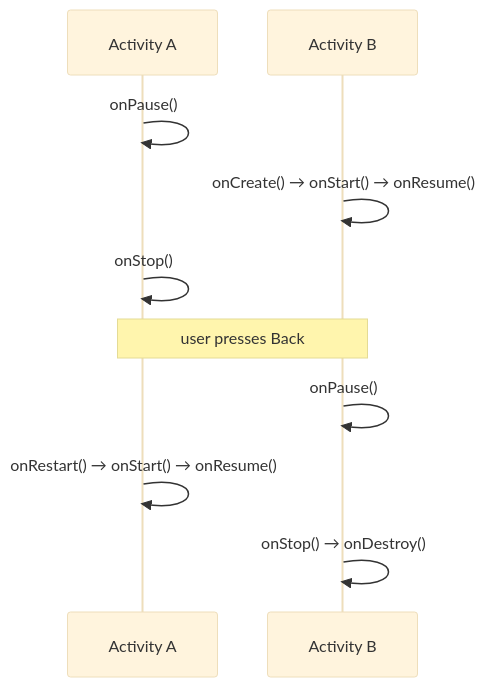
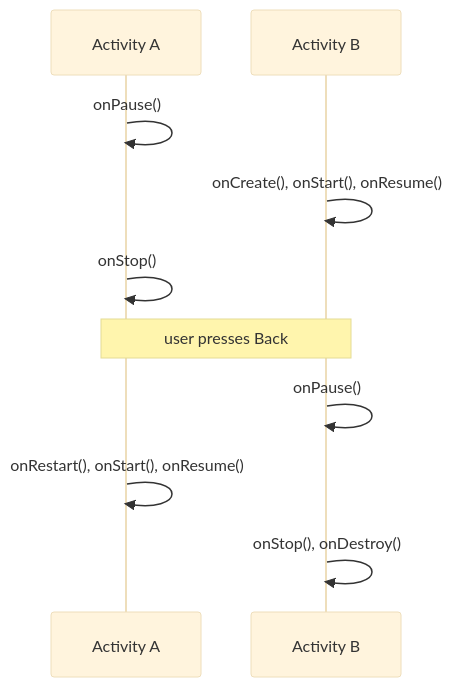
The second of 10 diagrams in topics/09-activity-fragment.md (AkshayAshokCode/Android-Interview-Questions-cheat-sheet), drawn with Mermaid (base theme) before and after one commit. The commit also changed other lines of this file and 21 other files, not shown here.

````diff
--- a/topics/09-activity-fragment.md
+++ b/topics/09-activity-fragment.md
@@ -57,12 +104,12 @@
 ```mermaid
 sequenceDiagram
     participant A as Activity A
     participant B as Activity B
     A->>A: onPause()
-    B->>B: onCreate() → onStart() → onResume()
+    B->>B: onCreate(), onStart(), onResume()
     A->>A: onStop()
     Note over A,B: user presses Back
     B->>B: onPause()
-    A->>A: onRestart() → onStart() → onResume()
-    B->>B: onStop() → onDestroy()
+    A->>A: onRestart(), onStart(), onResume()
+    B->>B: onStop(), onDestroy()
 ```
````
